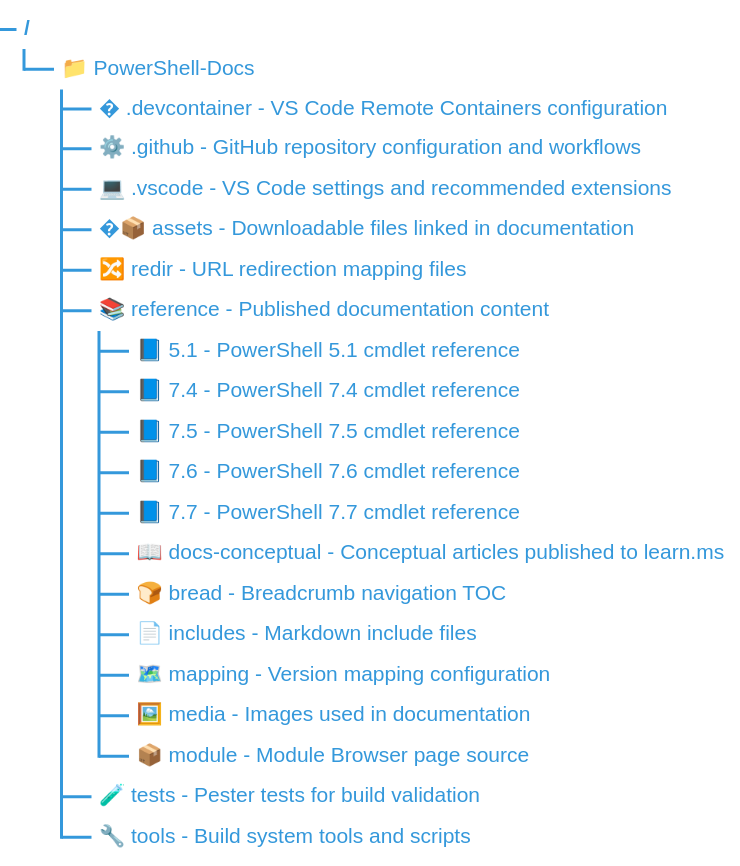
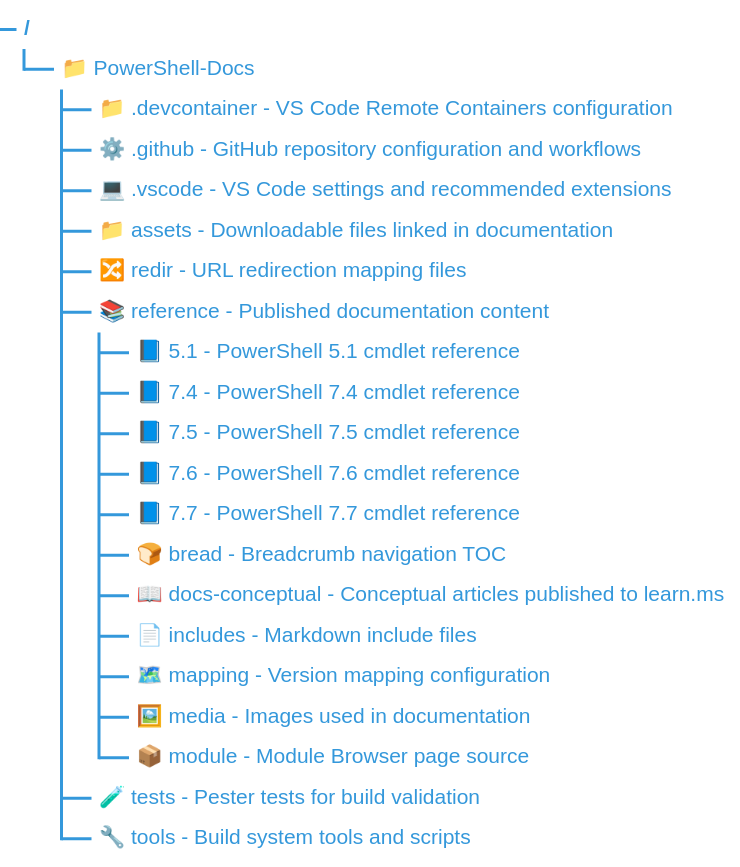
One commit to MicrosoftDocs/PowerShell-Docs changed the diagram in README.md. Above: the diagram before and after it, drawn with Mermaid.

Commit message:
Apply suggestions from code review

````diff
--- a/README.md
+++ b/README.md
@@ -23,34 +23,34 @@
 ```mermaid
 ---
 config:
     treeView:
         rowIndent: 20
         lineThickness: 2
     themeVariables:
         treeView:
             labelFontSize: '14px'
             labelColor: '#3498DB'
             lineColor: '#3498DB'
 ---
 treeView-beta
     "📁 PowerShell-Docs"
-        "� .devcontainer - VS Code Remote Containers configuration"
+        "📁 .devcontainer - VS Code Remote Containers configuration"
         "⚙️ .github - GitHub repository configuration and workflows"
         "💻 .vscode - VS Code settings and recommended extensions"
-        "�📦 assets - Downloadable files linked in documentation"
+        "📁 assets - Downloadable files linked in documentation"
         "🔀 redir - URL redirection mapping files"
         "📚 reference - Published documentation content"
             "📘 5.1 - PowerShell 5.1 cmdlet reference"
             "📘 7.4 - PowerShell 7.4 cmdlet reference"
             "📘 7.5 - PowerShell 7.5 cmdlet reference"
             "📘 7.6 - PowerShell 7.6 cmdlet reference"
             "📘 7.7 - PowerShell 7.7 cmdlet reference"
+            "🍞 bread - Breadcrumb navigation TOC"
             "📖 docs-conceptual - Conceptual articles published to learn.ms"
-            "🍞 bread - Breadcrumb navigation TOC"
             "📄 includes - Markdown include files"
             "🗺️ mapping - Version mapping configuration"
             "🖼️ media - Images used in documentation"
             "📦 module - Module Browser page source"
         "🧪 tests - Pester tests for build validation"
         "🔧 tools - Build system tools and scripts"
 ```
````
